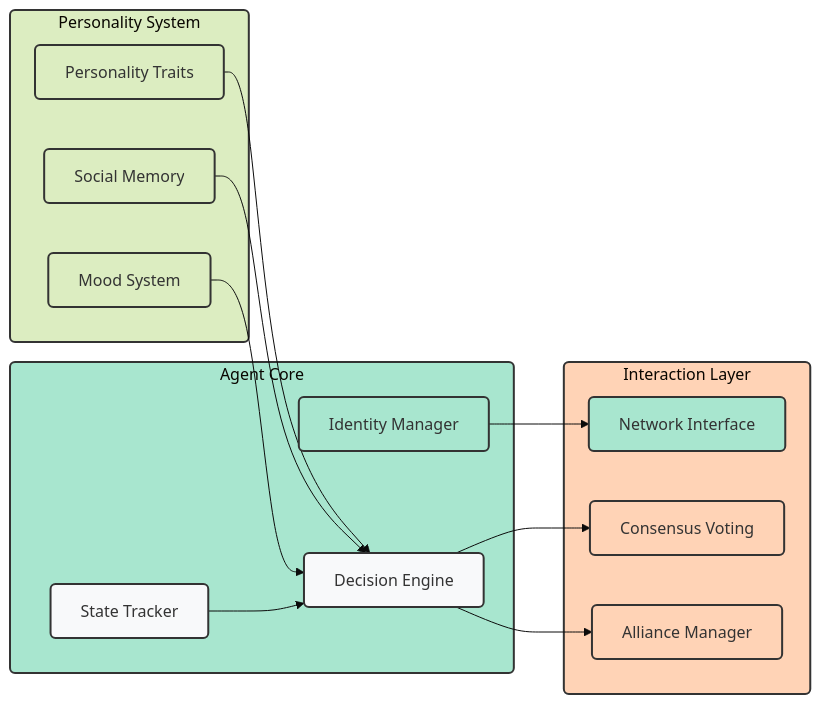
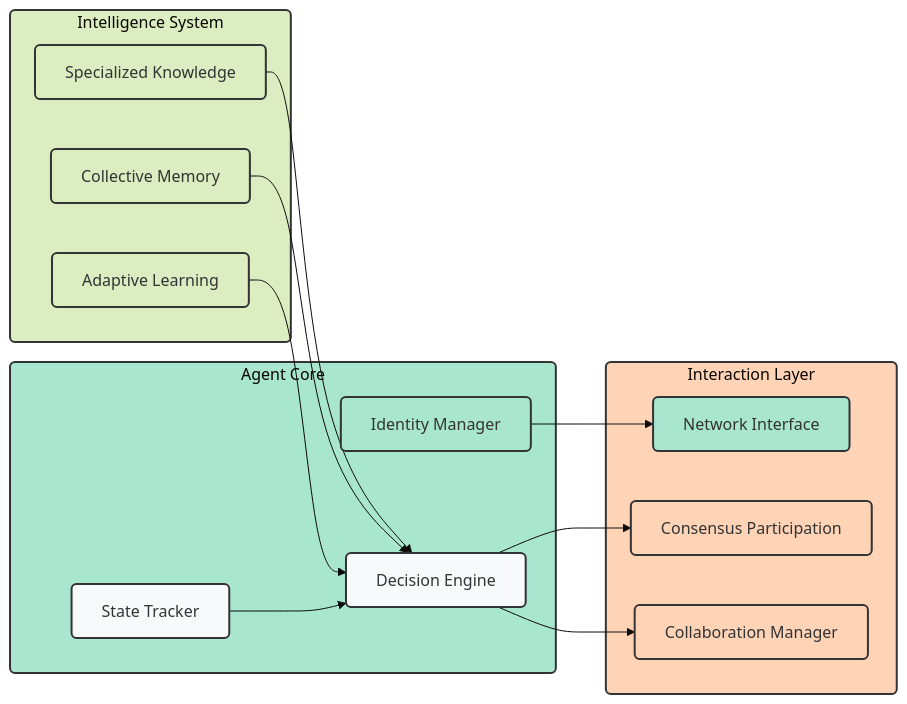
The second of 9 diagrams in docs/introduction/architecture.md (SumeetChougule/chaoschain), drawn with Mermaid before and after one commit. The commit also changed other lines of this file and 6 other files, not shown here.

````diff
--- a/docs/introduction/architecture.md
+++ b/docs/introduction/architecture.md
@@ -64,38 +64,38 @@
 ```mermaid
 %%{init: {'theme': 'base', 'themeVariables': { 'fontSize': '16px', 'fontFamily': 'arial' }}}%%
 flowchart LR
     subgraph Core["Agent Core"]
         I["Identity Manager"]
         D["Decision Engine"]
         S["State Tracker"]
     end
     
-    subgraph Personality["Personality System"]
-        P["Personality Traits"]
-        SM["Social Memory"]
-        M["Mood System"]
+    subgraph Intelligence["Intelligence System"]
+        P["Specialized Knowledge"]
+        SM["Collective Memory"]
+        M["Adaptive Learning"]
     end
     
     subgraph Interaction["Interaction Layer"]
         N["Network Interface"]
-        C["Consensus Voting"]
-        A["Alliance Manager"]
+        C["Consensus Participation"]
+        A["Collaboration Manager"]
     end
     
     P --> D
     SM --> D
     M --> D
     D --> C
     D --> A
     I --> N
     S --> D
     
     classDef default fill:#f8f9fa,stroke:#333,stroke-width:2px,rx:5,ry:5
     classDef core fill:#a8e6cf,stroke:#333,stroke-width:2px,rx:5,ry:5
-    classDef personality fill:#dcedc1,stroke:#333,stroke-width:2px,rx:5,ry:5
+    classDef intelligence fill:#dcedc1,stroke:#333,stroke-width:2px,rx:5,ry:5
     classDef interaction fill:#ffd3b6,stroke:#333,stroke-width:2px,rx:5,ry:5
     
     class I,N,Core core
-    class P,SM,M,Personality personality
+    class P,SM,M,Intelligence intelligence
     class C,A,Interaction interaction
 ```
````
